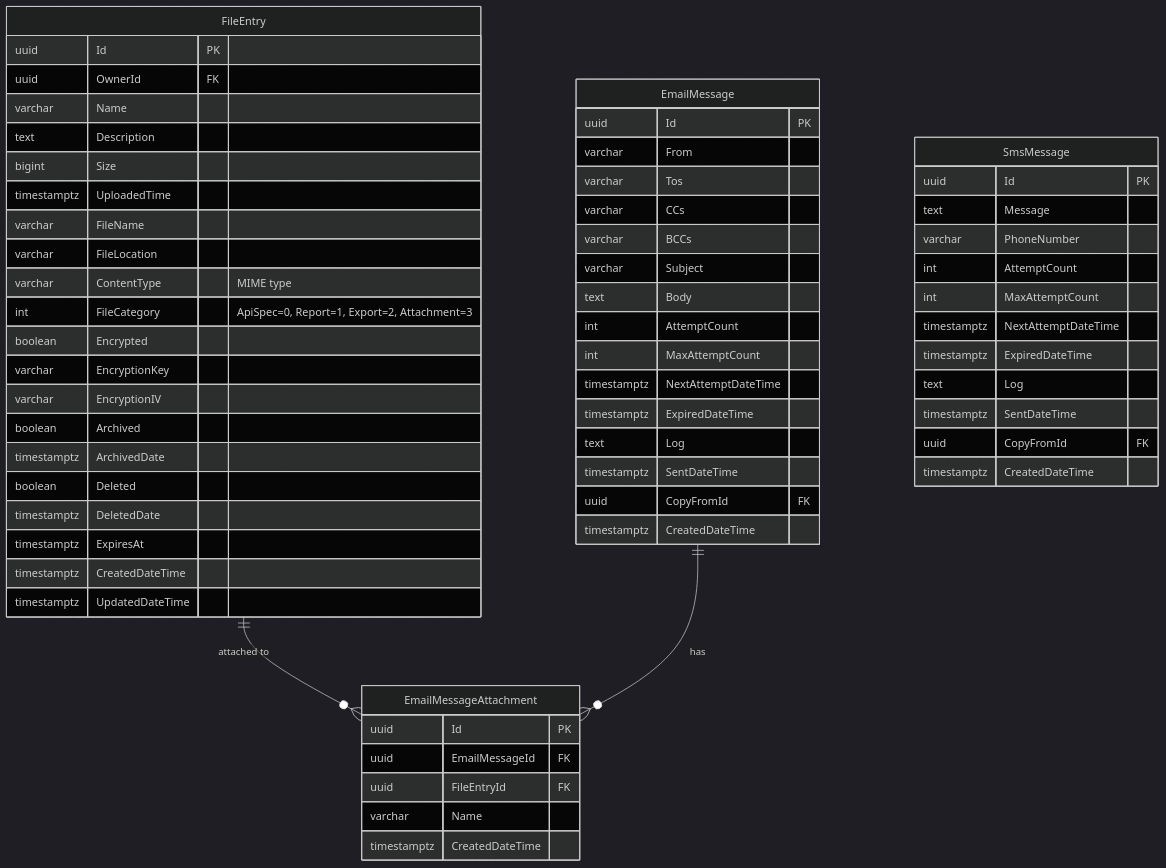
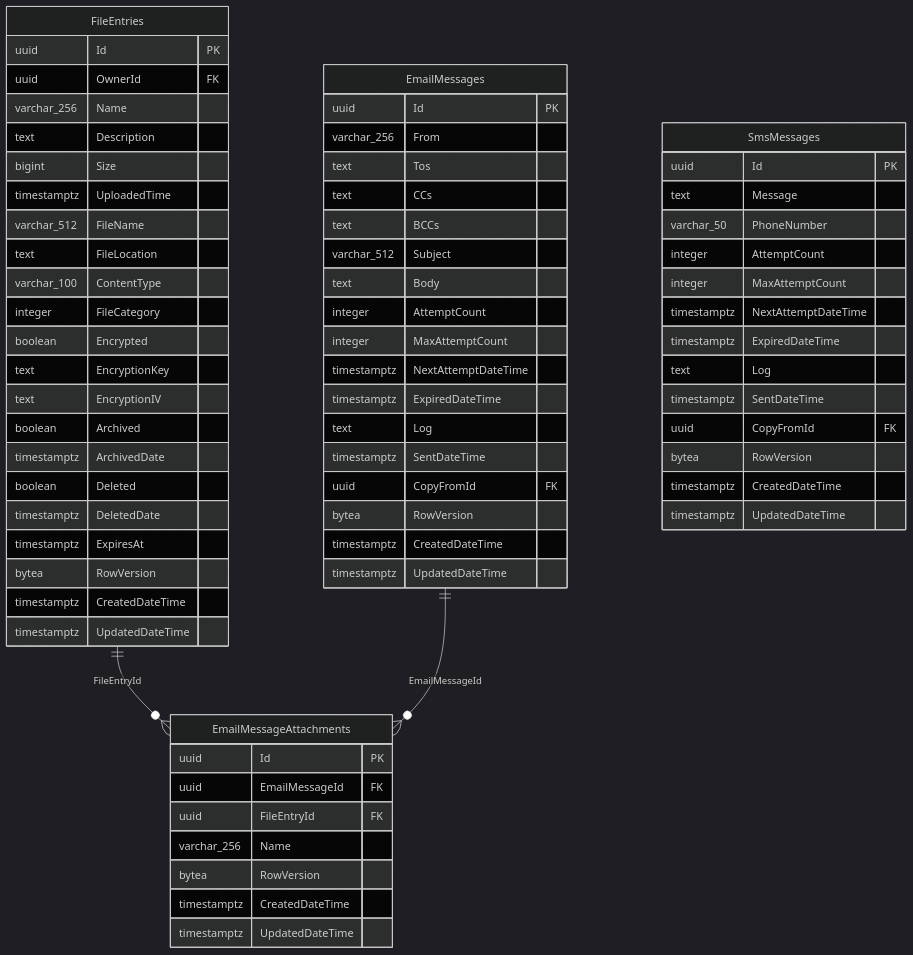
Diagram 14 of 14 in docs/architecture/ENTITIES.md (tinse-22/GSP26SE43.ModularMonolith), drawn with Mermaid (dark theme) before and after one commit. The commit also changed other lines of this file and 8 other files, not shown here.

````diff
--- a/docs/architecture/ENTITIES.md
+++ b/docs/architecture/ENTITIES.md
@@ -1770,68 +2753,72 @@
 ```mermaid
 erDiagram
-    FileEntry ||--o{ EmailMessageAttachment : "attached to"
-    EmailMessage ||--o{ EmailMessageAttachment : "has"
+    FileEntries ||--o{ EmailMessageAttachments : "FileEntryId"
+    EmailMessages ||--o{ EmailMessageAttachments : "EmailMessageId"
 
-    FileEntry {
+    FileEntries {
         uuid Id PK
         uuid OwnerId FK
-        varchar Name
+        varchar_256 Name
         text Description
         bigint Size
         timestamptz UploadedTime
-        varchar FileName
-        varchar FileLocation
-        varchar ContentType "MIME type"
-        int FileCategory "ApiSpec=0, Report=1, Export=2, Attachment=3"
+        varchar_512 FileName
+        text FileLocation
+        varchar_100 ContentType
+        integer FileCategory
         boolean Encrypted
-        varchar EncryptionKey
-        varchar EncryptionIV
+        text EncryptionKey
+        text EncryptionIV
         boolean Archived
         timestamptz ArchivedDate
         boolean Deleted
         timestamptz DeletedDate
         timestamptz ExpiresAt
+        bytea RowVersion
         timestamptz CreatedDateTime
         timestamptz UpdatedDateTime
     }
-
-    EmailMessage {
+    EmailMessages {
         uuid Id PK
-        varchar From
-        varchar Tos
-        varchar CCs
-        varchar BCCs
-        varchar Subject
+        varchar_256 From
+        text Tos
+        text CCs
+        text BCCs
+        varchar_512 Subject
         text Body
-        int AttemptCount
-        int MaxAttemptCount
+        integer AttemptCount
+        integer MaxAttemptCount
         timestamptz NextAttemptDateTime
         timestamptz ExpiredDateTime
         text Log
         timestamptz SentDateTime
         uuid CopyFromId FK
+        bytea RowVersion
         timestamptz CreatedDateTime
+        timestamptz UpdatedDateTime
     }
-
-    EmailMessageAttachment {
+    EmailMessageAttachments {
         uuid Id PK
         uuid EmailMessageId FK
         uuid FileEntryId FK
-        varchar Name
+        varchar_256 Name
+        bytea RowVersion
         timestamptz CreatedDateTime
+        timestamptz UpdatedDateTime
     }
-
-    SmsMessage {
+    SmsMessages {
         uuid Id PK
         text Message
-        varchar PhoneNumber
-        int AttemptCount
-        int MaxAttemptCount
+        varchar_50 PhoneNumber
+        integer AttemptCount
+        integer MaxAttemptCount
         timestamptz NextAttemptDateTime
         timestamptz ExpiredDateTime
         text Log
         timestamptz SentDateTime
         uuid CopyFromId FK
+        bytea RowVersion
         timestamptz CreatedDateTime
+        timestamptz UpdatedDateTime
     }
 ```
````
